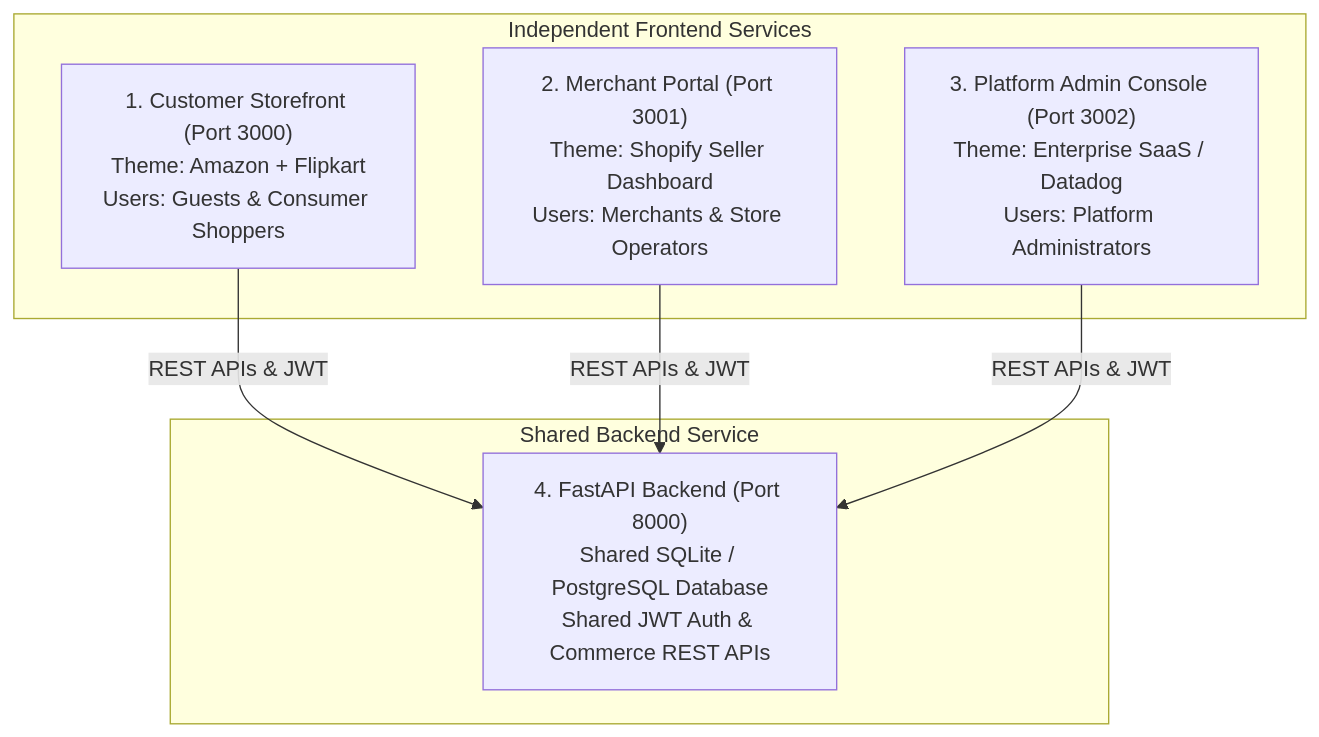
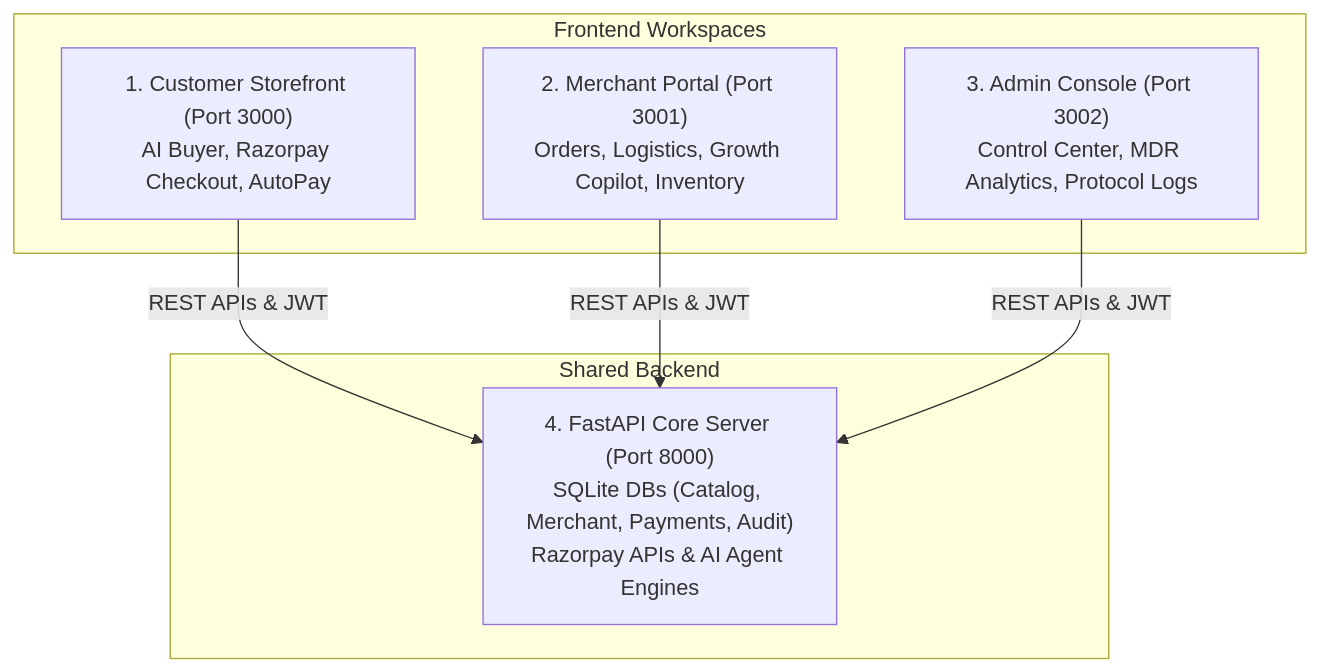
One commit to akhiljonnada1803-arch/RazoRecon changed the diagram in README.md. Above: the diagram before and after it, drawn with Mermaid. The commit also changed other lines of this file and 63 other files, not shown here.

Commit message:
fix(commerce): integrate razorpay checkout gateway, fix autopay settings update, enable real-time merchant orders sync, update readme

````diff
--- a/README.md
+++ b/README.md
@@ -19,16 +48,16 @@
 ```mermaid
 graph TD
-    subgraph Client Apps [Independent Frontend Services]
-        A["1. Customer Storefront (Port 3000)<br/>Theme: Amazon + Flipkart<br/>Users: Guests & Consumer Shoppers"]
-        B["2. Merchant Portal (Port 3001)<br/>Theme: Shopify Seller Dashboard<br/>Users: Merchants & Store Operators"]
-        C["3. Platform Admin Console (Port 3002)<br/>Theme: Enterprise SaaS / Datadog<br/>Users: Platform Administrators"]
+    subgraph Client Apps [Frontend Workspaces]
+        A["1. Customer Storefront (Port 3000)<br/>AI Buyer, Razorpay Checkout, AutoPay"]
+        B["2. Merchant Portal (Port 3001)<br/>Orders, Logistics, Growth Copilot, Inventory"]
+        C["3. Admin Console (Port 3002)<br/>Control Center, MDR Analytics, Protocol Logs"]
     end
 
-    subgraph Backend Core [Shared Backend Service]
-        D["4. FastAPI Backend (Port 8000)<br/>Shared SQLite / PostgreSQL Database<br/>Shared JWT Auth & Commerce REST APIs"]
+    subgraph Backend Core [Shared Backend]
+        D["4. FastAPI Core Server (Port 8000)<br/>SQLite DBs (Catalog, Merchant, Payments, Audit)<br/>Razorpay APIs & AI Agent Engines"]
     end
 
     A -->|REST APIs & JWT| D
     B -->|REST APIs & JWT| D
     C -->|REST APIs & JWT| D
 ```
````
